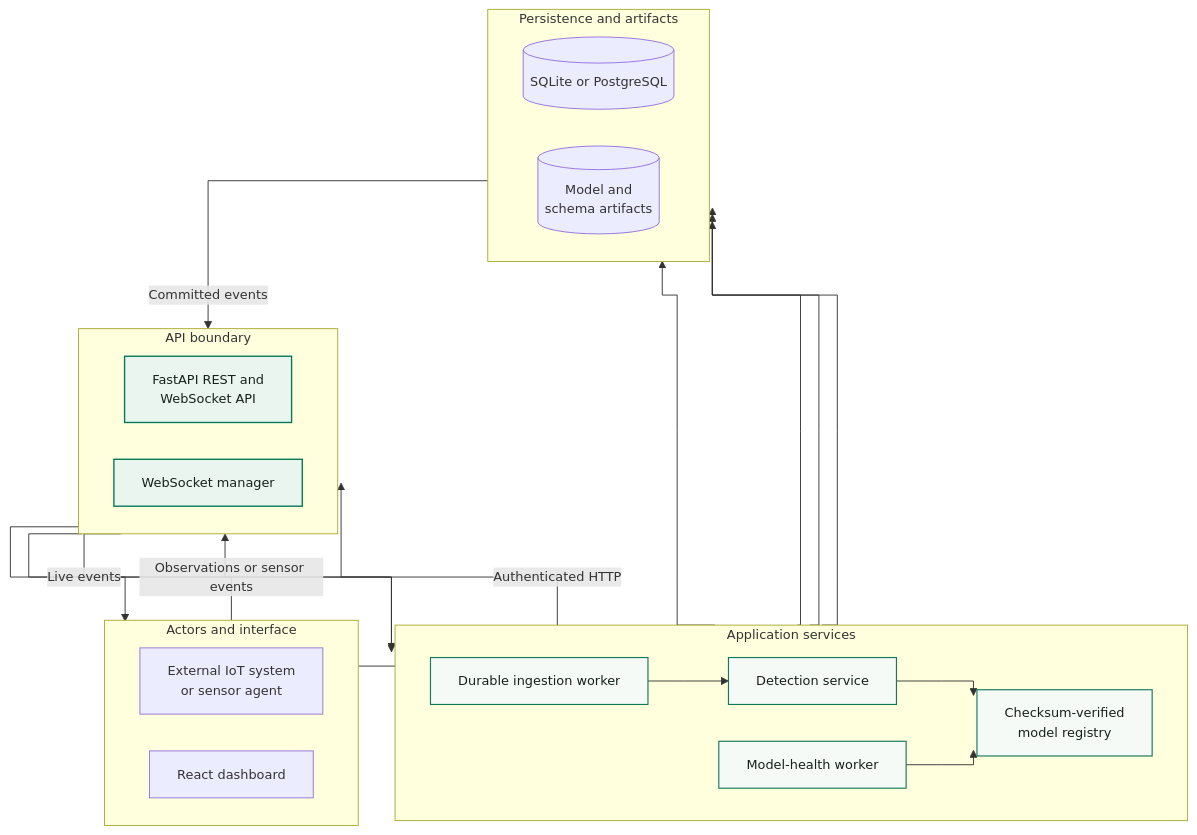
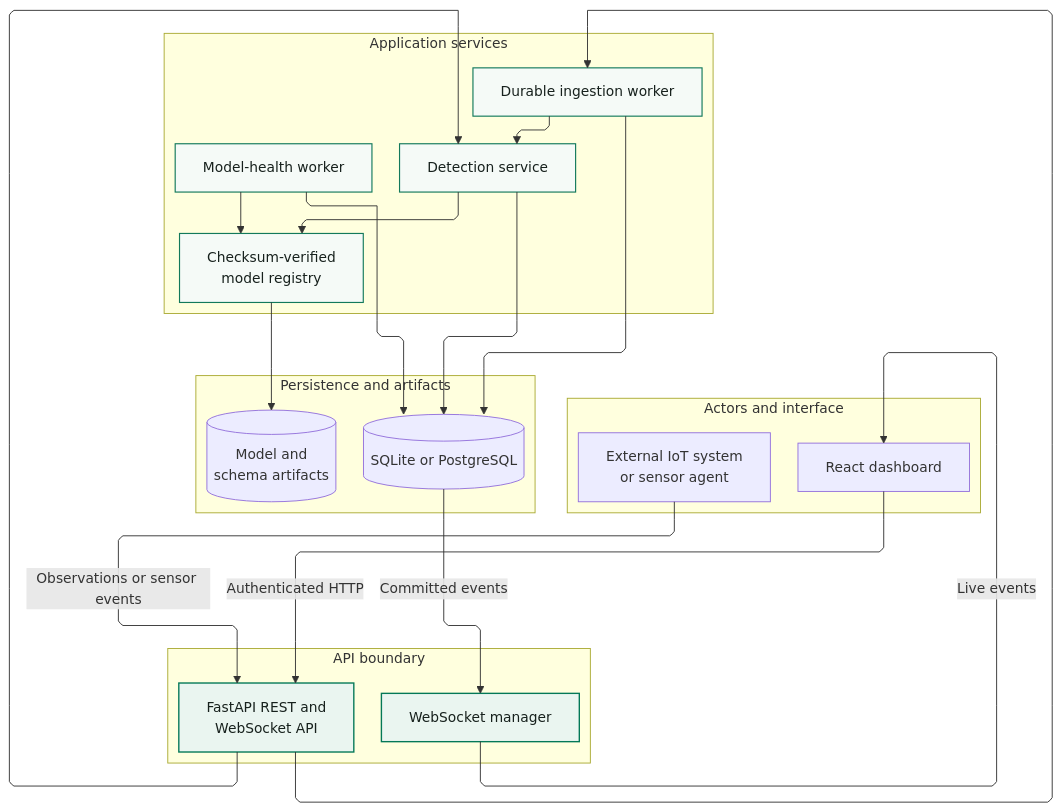
The diagram in diagrams/14-component-architecture.mmd (ZakariaElKhaldi/4iir-sr), drawn with Mermaid before and after one commit. The commit also changed 50 other files, not shown here.

```diff
--- a/diagrams/14-component-architecture.mmd
+++ b/diagrams/14-component-architecture.mmd
@@ -1,46 +1,55 @@
-%%{init: {"flowchart": {"curve": "stepAfter", "nodeSpacing": 40, "rankSpacing": 52}, "themeVariables": {"fontSize": "14px"}}}%%
+---
+config:
+  layout: elk
+  flowchart:
+    curve: linear
+    nodeSpacing: 42
+    rankSpacing: 60
+  themeVariables:
+    fontSize: 15px
+---
 flowchart TB
     subgraph Sources[Actors and interface]
         direction LR
         External[External IoT system<br/>or sensor agent]
         UI[React dashboard]
     end
 
     subgraph Boundary[API boundary]
         direction LR
         API[FastAPI REST and<br/>WebSocket API]
         Live[WebSocket manager]
     end
 
     subgraph Services[Application services]
         direction LR
         Queue[Durable ingestion worker]
         Detection[Detection service]
         Health[Model-health worker]
         Registry[Checksum-verified<br/>model registry]
     end
 
     subgraph Persistence[Persistence and artifacts]
         direction LR
         DB[(SQLite or PostgreSQL)]
         Artifacts[(Model and<br/>schema artifacts)]
     end
 
     External -->|Observations or sensor events| API
     UI -->|Authenticated HTTP| API
     API --> Queue
     API --> Detection
     Queue --> Detection
     Detection --> Registry
     Registry --> Artifacts
     Detection --> DB
     Queue --> DB
     Health --> DB
     Health --> Registry
     DB -->|Committed events| Live
     Live -->|Live events| UI
 
     classDef boundary fill:#eaf5f0,stroke:#047857,color:#17211d,stroke-width:1.5px;
     classDef service fill:#f5faf7,stroke:#13795b,color:#17211d,stroke-width:1.25px;
     class API,Live boundary;
     class Queue,Detection,Health,Registry service;
```
